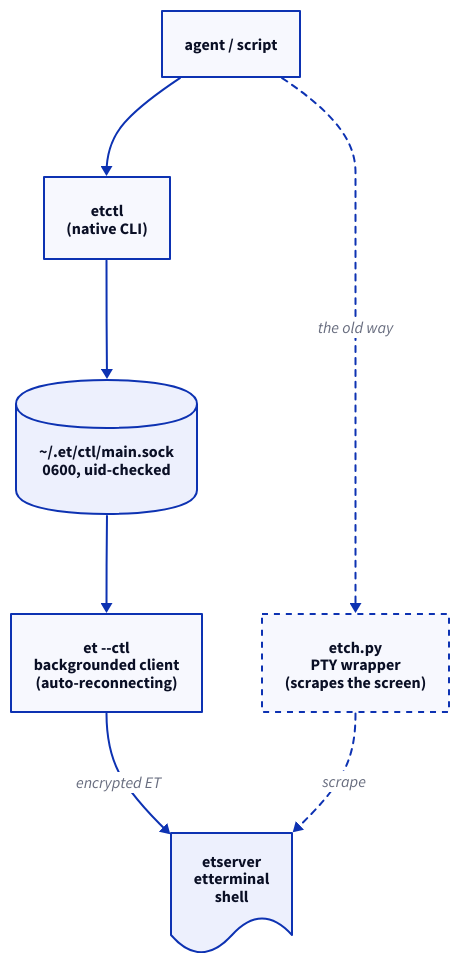
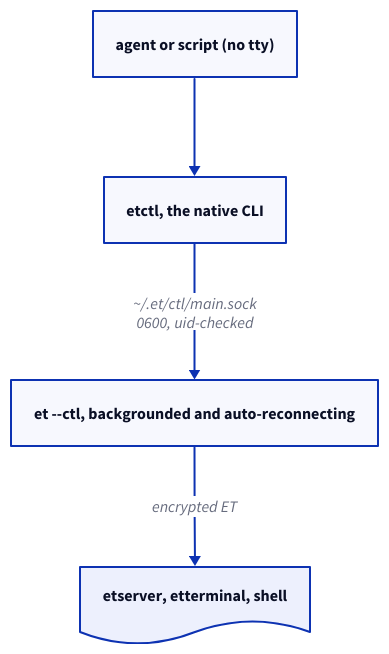
The diagram in src/content/docs/blog/et-phone-home.md (Kronuz/Kronuz.github.io), drawn with D2 before and after one commit. The commit also changed other lines of this file, not shown here.

First line of the commit message:
Rewrite ET Phone Home around etctl, not the prototype

````diff
--- a/src/content/docs/blog/et-phone-home.md
+++ b/src/content/docs/blog/et-phone-home.md
@@ -47,16 +43,11 @@
-```d2 alt="The old etch.py wrapped et from outside in a pseudo-terminal and scraped the rendered screen. etctl instead sends input to and reads output from a backgrounded 'et --ctl' client over a local unix socket; that client maintains the normal encrypted Eternal Terminal session down to etserver, etterminal, and the remote shell."
+```d2 alt="etctl sends input to and reads output from a backgrounded 'et --ctl' client over a local unix socket; that client maintains the normal encrypted Eternal Terminal session down to etserver, etterminal, and the remote shell."
 direction: down
-agent: "agent / script"
-etctl: "etctl\n(native CLI)"
-etch: "etch.py\nPTY wrapper\n(scrapes the screen)" { style.stroke-dash: 3 }
-sock: "~/.et/ctl/main.sock\n0600, uid-checked" { shape: cylinder }
-daemon: "et --ctl\nbackgrounded client\n(auto-reconnecting)"
-remote: "etserver\netterminal\nshell" { shape: document }
+agent: "agent or script (no tty)"
+etctl: "etctl, the native CLI"
+daemon: "et --ctl, backgrounded and auto-reconnecting" { style.bold: true }
+remote: "etserver, etterminal, shell" { shape: document }
 
 agent -> etctl
-agent -> etch: "the old way" { style.stroke-dash: 3 }
-etctl -> sock
-sock -> daemon
+etctl -> daemon: "~/.et/ctl/main.sock\n0600, uid-checked"
 daemon -> remote: "encrypted ET"
-etch -> remote: "scrape" { style.stroke-dash: 3 }
 ```
````
